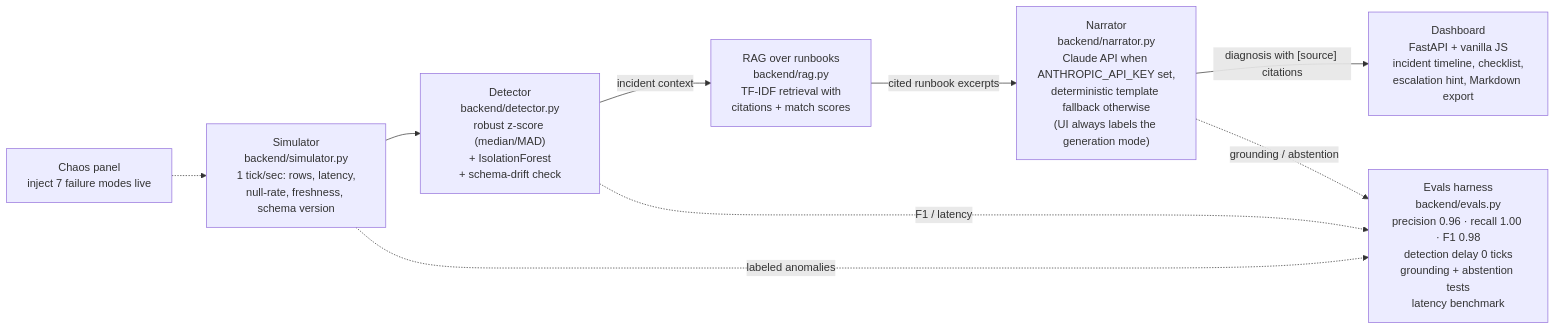
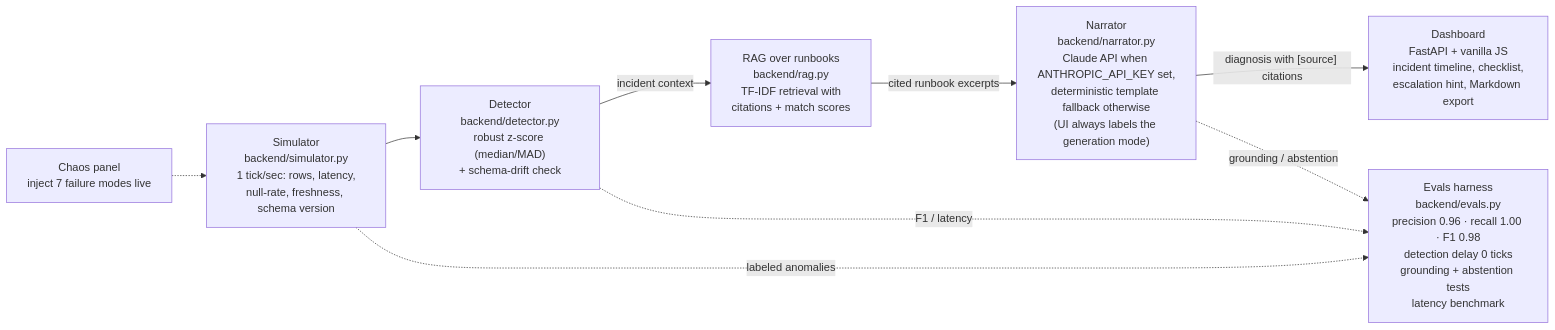
Before and after one commit to kamjula/datapulse: the diagram in README.md, drawn with Mermaid. The commit also changed other lines of this file and 5 other files, not shown here.

First line of the commit message:
refactor: remove ineffective IsolationForest detector and add multivariate ablation

````diff
--- a/README.md
+++ b/README.md
@@ -105,18 +105,18 @@
 ```mermaid
 flowchart LR
     CHAOS["Chaos panel<br/>inject 7 failure modes live"]
     SIM["Simulator<br/>backend/simulator.py<br/>1 tick/sec: rows, latency,<br/>null-rate, freshness, schema version"]
-    DET["Detector<br/>backend/detector.py<br/>robust z-score (median/MAD)<br/>+ IsolationForest<br/>+ schema-drift check"]
+    DET["Detector<br/>backend/detector.py<br/>robust z-score (median/MAD)<br/>+ schema-drift check"]
     RAG["RAG over runbooks<br/>backend/rag.py<br/>TF-IDF retrieval with<br/>citations + match scores"]
     NAR["Narrator<br/>backend/narrator.py<br/>Claude API when ANTHROPIC_API_KEY set,<br/>deterministic template fallback otherwise<br/>(UI always labels the generation mode)"]
     DASH["Dashboard<br/>FastAPI + vanilla JS<br/>incident timeline, checklist,<br/>escalation hint, Markdown export"]
     CHAOS -.-> SIM
     SIM --> DET
     DET -->|"incident context"| RAG
     RAG -->|"cited runbook excerpts"| NAR
     NAR -->|"diagnosis with [source] citations"| DASH
     EV["Evals harness<br/>backend/evals.py<br/>precision 0.96 · recall 1.00 · F1 0.98<br/>detection delay 0 ticks<br/>grounding + abstention tests<br/>latency benchmark"]
     SIM -.->|"labeled anomalies"| EV
     DET -.->|"F1 / latency"| EV
     NAR -.->|"grounding / abstention"| EV
 ```
````
